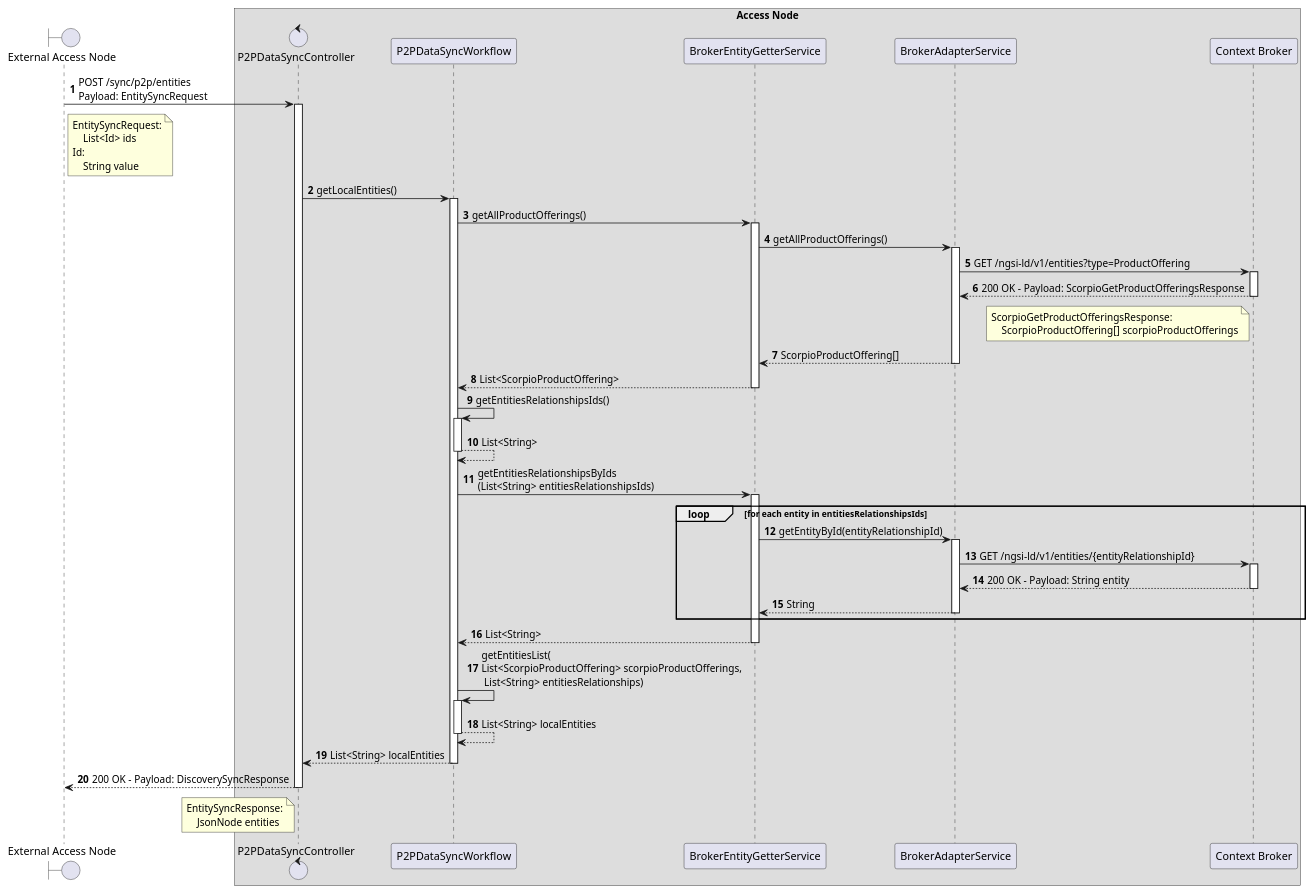
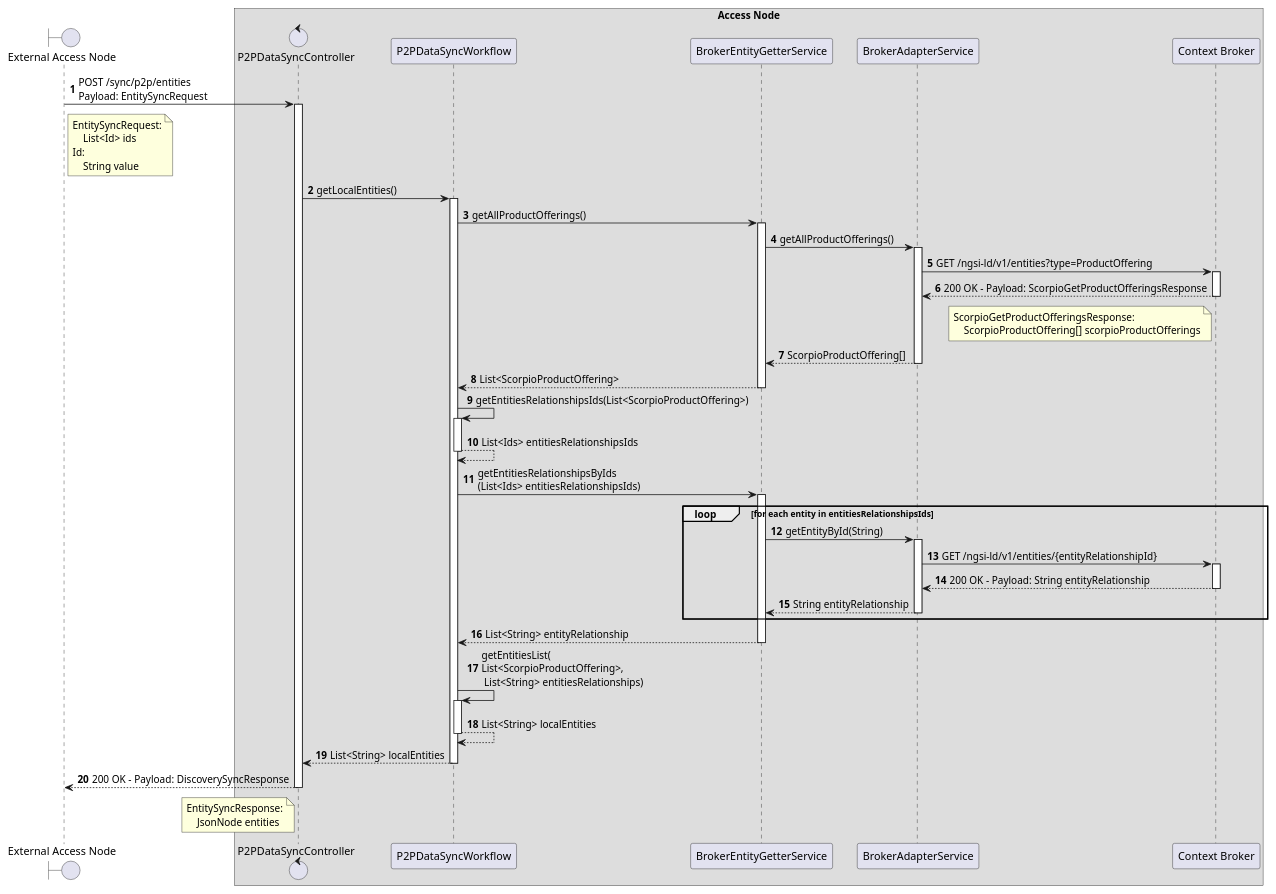
One commit to in2workspace/in2-desmos-api changed the diagram in docs/diagrams/data-synchronization/sync-entities/p2p-sync-entities.puml. Above: the diagram before and after it, drawn with PlantUML.

Commit message:
docs(diagram): fix naming

```diff
--- a/docs/diagrams/data-synchronization/sync-entities/p2p-sync-entities.puml
+++ b/docs/diagrams/data-synchronization/sync-entities/p2p-sync-entities.puml
@@ -1,65 +1,65 @@
 @startuml
 'https://plantuml.com/sequence-diagram
 
 '---------- Config ----------------
 
 autonumber
 
 '---------- Header ----------------
 
 boundary "External Access Node" as ean
 
 box "Access Node"
 
   control "P2PDataSyncController" as p2pController
   participant "P2PDataSyncWorkflow" as p2pWorkflow
   participant "BrokerEntityGetterService" as begs
   participant "BrokerAdapterService" as bas
   participant "Context Broker" as cb
 
 end box
 
 '---------- Diagram ----------------
 
 ean -> p2pController++: POST /sync/p2p/entities \nPayload: EntitySyncRequest
 
 note right of ean
     EntitySyncRequest:
         List<Id> ids
     Id:
         String value
 end note
 
     p2pController -> p2pWorkflow++: getLocalEntities()
         p2pWorkflow -> begs++: getAllProductOfferings()
             begs -> bas++: getAllProductOfferings()
                 bas -> cb++: GET /ngsi-ld/v1/entities?type=ProductOffering
                 return 200 OK - Payload: ScorpioGetProductOfferingsResponse
 
                 note left of cb
                     ScorpioGetProductOfferingsResponse:
                         ScorpioProductOffering[] scorpioProductOfferings
                 end note
 
             return ScorpioProductOffering[]
         return List<ScorpioProductOffering>
-            p2pWorkflow -> p2pWorkflow++: getEntitiesRelationshipsIds()
-            return List<String>
-        p2pWorkflow -> begs++: getEntitiesRelationshipsByIds\n(List<String> entitiesRelationshipsIds)
+            p2pWorkflow -> p2pWorkflow++: getEntitiesRelationshipsIds(List<ScorpioProductOffering>)
+            return List<Ids> entitiesRelationshipsIds
+        p2pWorkflow -> begs++: getEntitiesRelationshipsByIds\n(List<Ids> entitiesRelationshipsIds)
             loop for each entity in entitiesRelationshipsIds
-                begs -> bas++: getEntityById(entityRelationshipId)
+                begs -> bas++: getEntityById(String)
                     bas -> cb++: GET /ngsi-ld/v1/entities/{entityRelationshipId}
-                    return 200 OK - Payload: String entity
-                return String
+                    return 200 OK - Payload: String entityRelationship
+                return String entityRelationship
             end
-            return List<String>
-            p2pWorkflow -> p2pWorkflow++: getEntitiesList(\nList<ScorpioProductOffering> scorpioProductOfferings,\n List<String> entitiesRelationships)
+            return List<String> entityRelationship
+            p2pWorkflow -> p2pWorkflow++: getEntitiesList(\nList<ScorpioProductOffering>,\n List<String> entitiesRelationships)
             return List<String> localEntities
         return List<String> localEntities
 return 200 OK - Payload: DiscoverySyncResponse
 
 note left of p2pController
     EntitySyncResponse:
         JsonNode entities
 end note
 @enduml
```
